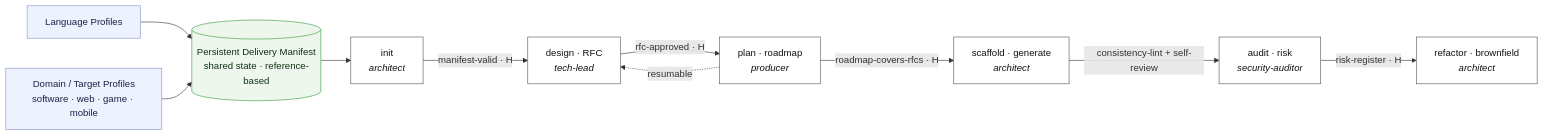
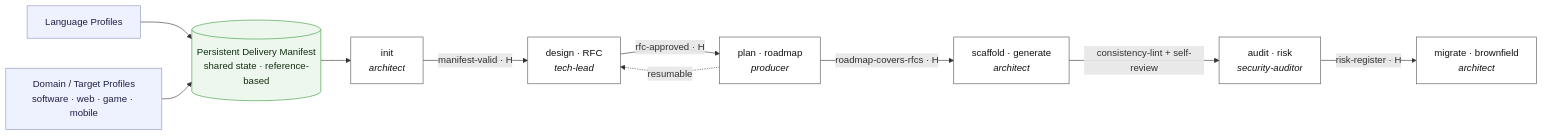
The first of 2 diagrams in .eados-core/docs/rfc/0001-eados-delivery-os.md (danielPoloWork/pgs-eados), drawn with Mermaid before and after one commit. The commit also changed other lines of this file and 34 other files, not shown here.

````diff
--- a/.eados-core/docs/rfc/0001-eados-delivery-os.md
+++ b/.eados-core/docs/rfc/0001-eados-delivery-os.md
@@ -79,21 +79,21 @@
 ```mermaid
 flowchart LR
   classDef data fill:#eef2ff,stroke:#8893c4,color:#1b2147;
   classDef state fill:#eef7ee,stroke:#3a9a3a,color:#123012;
   classDef phase fill:#ffffff,stroke:#555555,color:#111111;
 
   LP["Language Profiles"]:::data
   DP["Domain / Target Profiles<br/>software · web · game · mobile"]:::data
   MAN[("Persistent Delivery Manifest<br/>shared state · reference-based")]:::state
 
   LP --> MAN
   DP --> MAN
   MAN --> INIT
 
   INIT["init<br/><i>architect</i>"]:::phase -->|"manifest-valid · H"| DESIGN["design · RFC<br/><i>tech-lead</i>"]:::phase
   DESIGN -->|"rfc-approved · H"| PLAN["plan · roadmap<br/><i>producer</i>"]:::phase
   PLAN -->|"roadmap-covers-rfcs · H"| SCAFFOLD["scaffold · generate<br/><i>architect</i>"]:::phase
   SCAFFOLD -->|"consistency-lint + self-review"| AUDIT["audit · risk<br/><i>security-auditor</i>"]:::phase
-  AUDIT -->|"risk-register · H"| REFACTOR["refactor · brownfield<br/><i>architect</i>"]:::phase
+  AUDIT -->|"risk-register · H"| MIGRATE["migrate · brownfield<br/><i>architect</i>"]:::phase
   PLAN -. resumable .-> DESIGN
 ```
````
